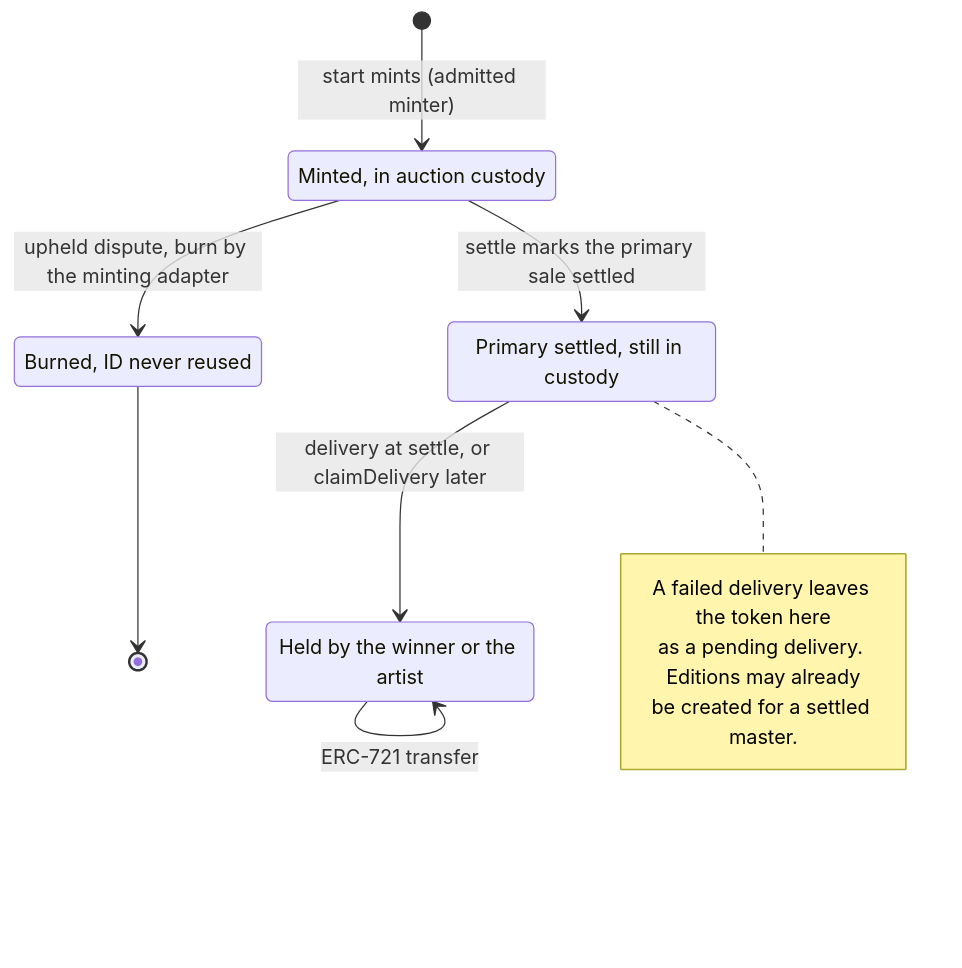
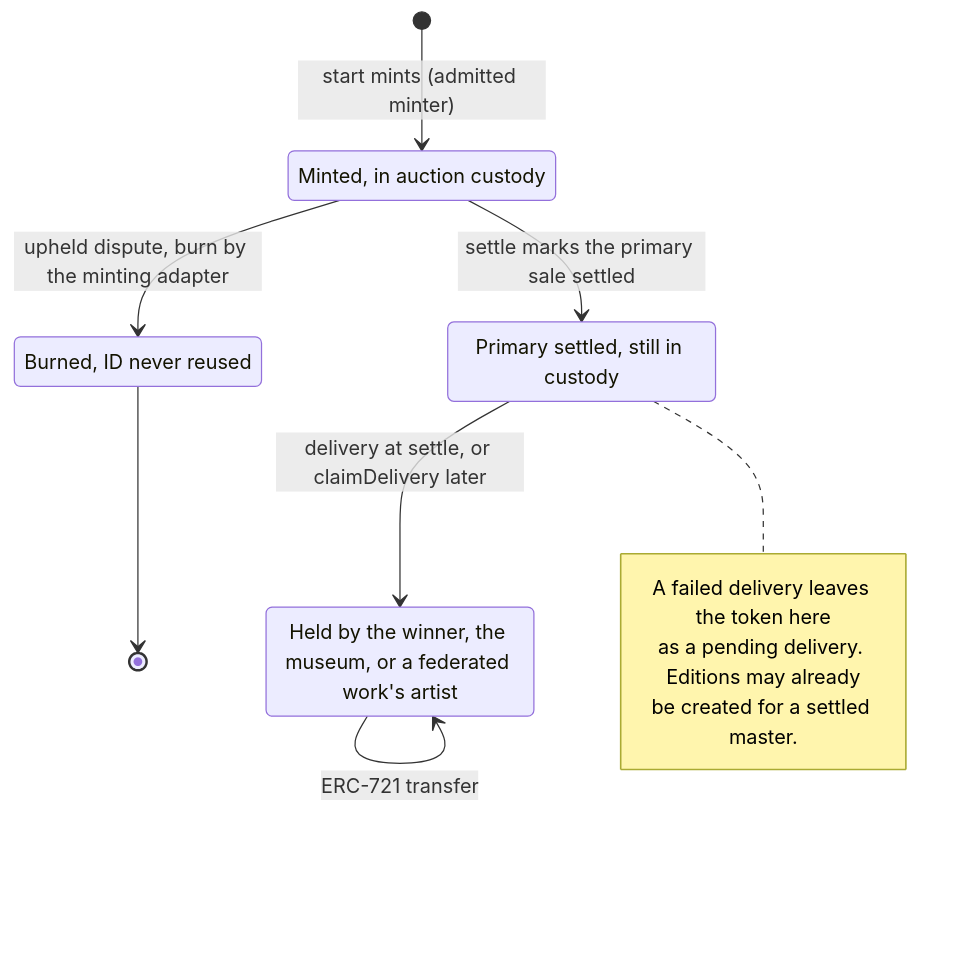
Before and after one commit to 6529-Collections/6529-works: the first of 11 diagrams in docs/spec/stream-and-auctions.md, drawn with Mermaid. The commit also changed other lines of this file and 53 other files, not shown here.

````diff
--- a/docs/spec/stream-and-auctions.md
+++ b/docs/spec/stream-and-auctions.md
@@ -87,18 +94,18 @@
 ```mermaid
 stateDiagram-v2
     state "Minted, in auction custody" as Custody
     state "Primary settled, still in custody" as Settled
-    state "Held by the winner or the artist" as Held
+    state "Held by the winner, the museum, or a federated work's artist" as Held
     state "Burned, ID never reused" as Burned
     [*] --> Custody : start mints (admitted minter)
     Custody --> Burned : upheld dispute, burn by the minting adapter
     Custody --> Settled : settle marks the primary sale settled
     Settled --> Held : delivery at settle, or claimDelivery later
     Held --> Held : ERC-721 transfer
     Burned --> [*]
     note right of Settled
         A failed delivery leaves the token here
         as a pending delivery. Editions may already
         be created for a settled master.
     end note
 ```
````
